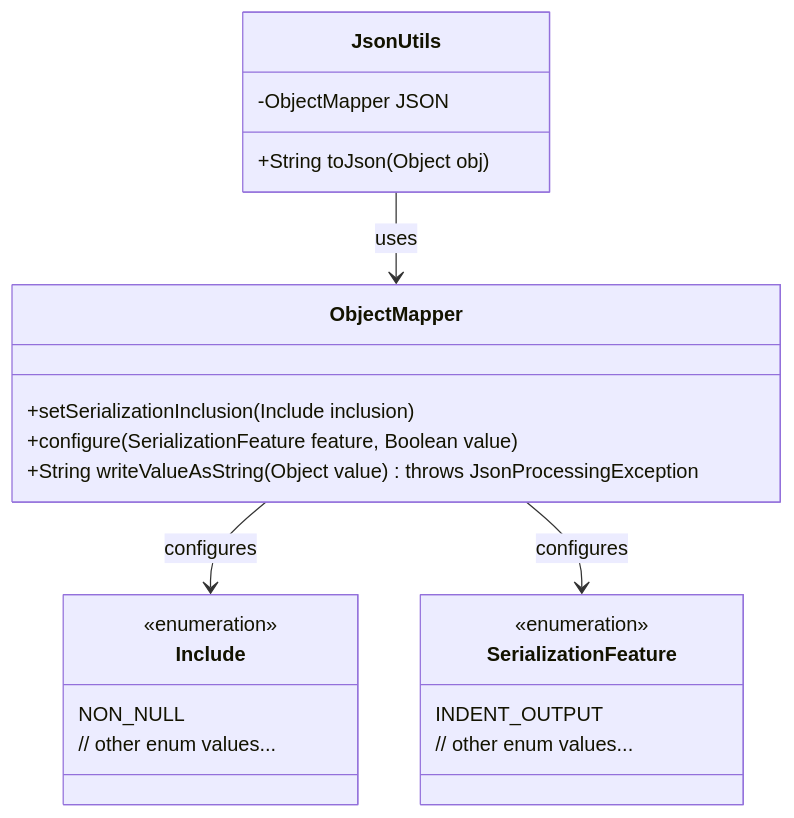
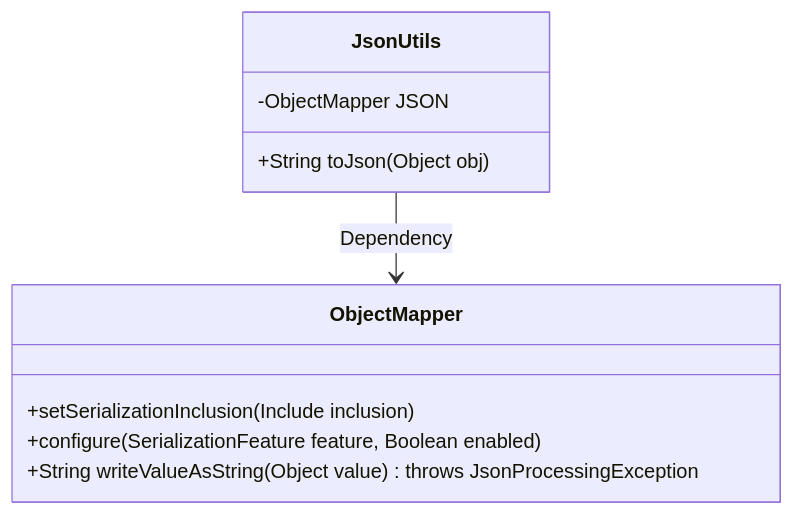
One commit to v-wjrong/rongwj666_weixin-java-miniapp-demo changed the first of 2 diagrams in docs/en/docs/src/main/java/com/github/binarywang/demo/wx/miniapp/utils/JsonUtils.md. Above: the diagram before and after it, drawn with Mermaid. The commit also changed other lines of this file and 46 other files, not shown here.

````diff
--- a/docs/en/docs/src/main/java/com/github/binarywang/demo/wx/miniapp/utils/JsonUtils.md
+++ b/docs/en/docs/src/main/java/com/github/binarywang/demo/wx/miniapp/utils/JsonUtils.md
@@ -36,29 +37,15 @@
 ```mermaid
 classDiagram
     class JsonUtils {
         -ObjectMapper JSON
         +String toJson(Object obj)
     }
 
     class ObjectMapper {
         +setSerializationInclusion(Include inclusion)
-        +configure(SerializationFeature feature, Boolean value)
+        +configure(SerializationFeature feature, Boolean enabled)
         +String writeValueAsString(Object value) throws JsonProcessingException
     }
 
-    class Include {
-        <<enumeration>>
-        NON_NULL
-        // other enum values...
-    }
-
-    class SerializationFeature {
-        <<enumeration>>
-        INDENT_OUTPUT
-        // other enum values...
-    }
-
-    JsonUtils --> ObjectMapper : uses
-    ObjectMapper --> Include : configures
-    ObjectMapper --> SerializationFeature : configures
+    JsonUtils --> ObjectMapper : Dependency
 ```
````
